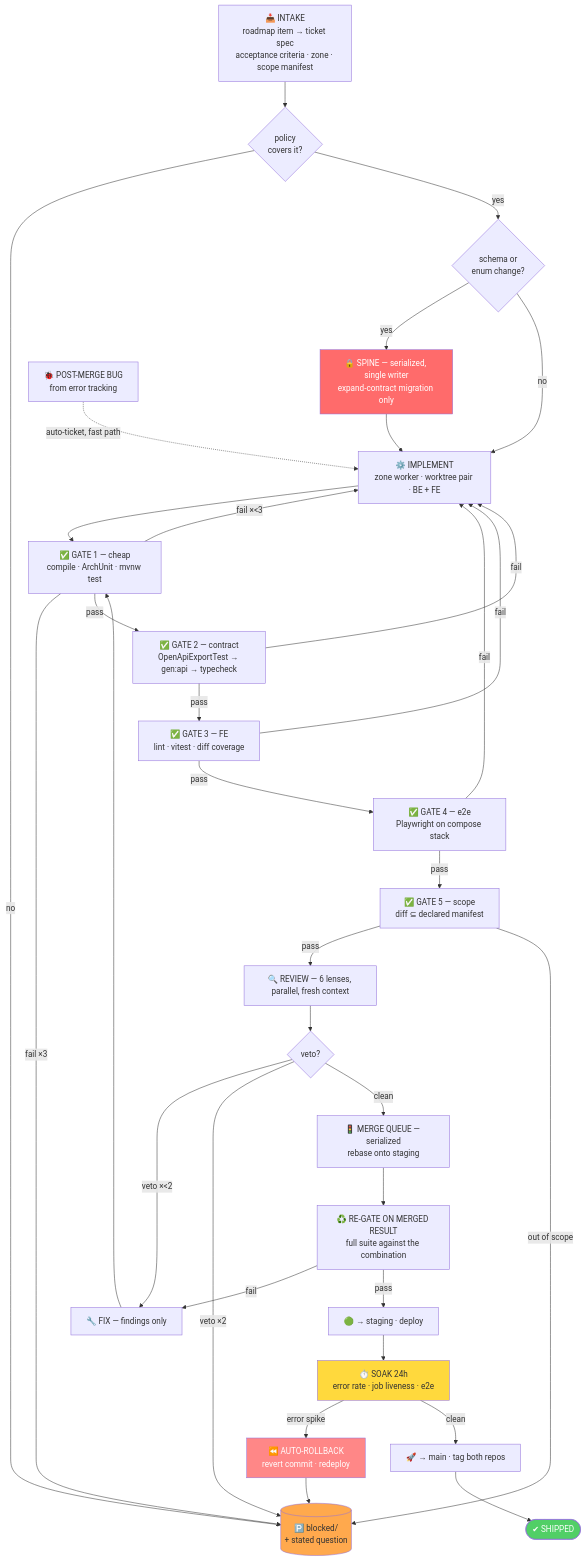
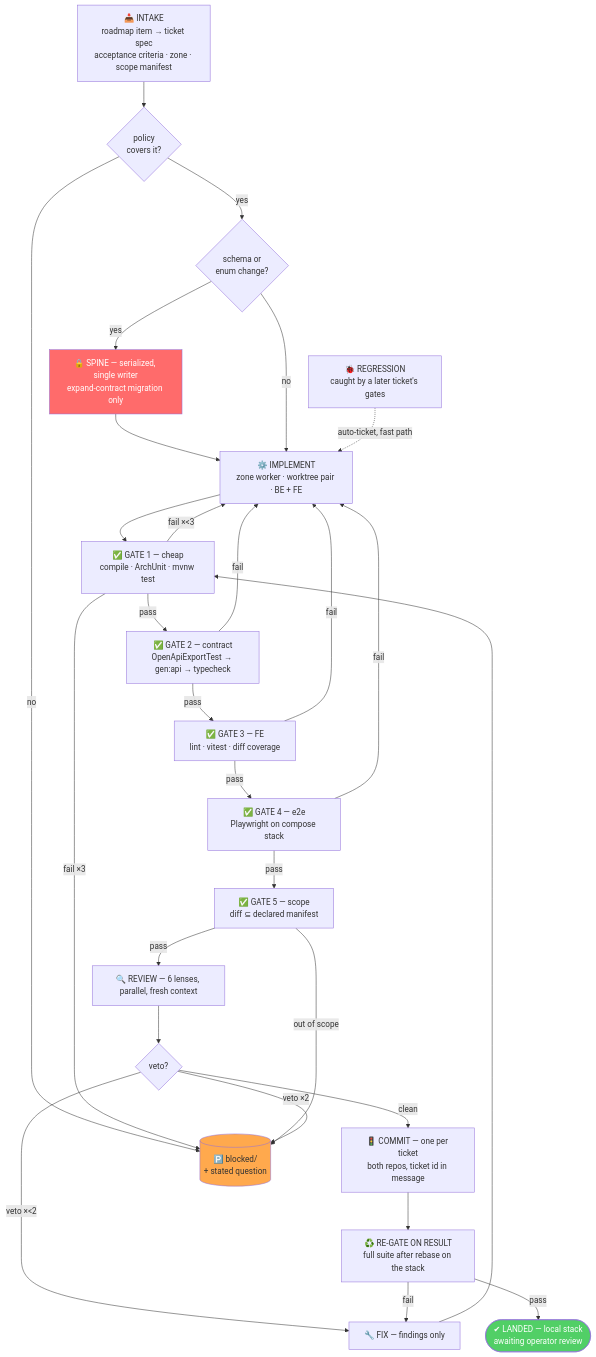
Before and after one commit to murad-asaad19/BVisionRY-be-v2: the second of 3 diagrams in docs/agent-execution-graph.md, drawn with Mermaid. The commit also changed other lines of this file and 2 other files, not shown here.

First line of the commit message:
Configure the graph for an unattended local run

````diff
--- a/docs/agent-execution-graph.md
+++ b/docs/agent-execution-graph.md
@@ -210,58 +221,50 @@
 ```mermaid
 flowchart TB
     IN["📥 INTAKE<br/>roadmap item → ticket spec<br/>acceptance criteria · zone · scope manifest"]
     POLCHK{"policy<br/>covers it?"}
     SCHEMA{"schema or<br/>enum change?"}
     SP["🔒 SPINE — serialized, single writer<br/>expand-contract migration only"]
     IMPL["⚙️ IMPLEMENT<br/>zone worker · worktree pair · BE + FE"]
 
     G1["✅ GATE 1 — cheap<br/>compile · ArchUnit · mvnw test"]
     G2["✅ GATE 2 — contract<br/>OpenApiExportTest → gen:api → typecheck"]
     G3["✅ GATE 3 — FE<br/>lint · vitest · diff coverage"]
     G4["✅ GATE 4 — e2e<br/>Playwright on compose stack"]
     G5["✅ GATE 5 — scope<br/>diff ⊆ declared manifest"]
 
     REV["🔍 REVIEW — 6 lenses, parallel, fresh context"]
     VETO{"veto?"}
     FIX["🔧 FIX — findings only"]
 
-    MQ["🚦 MERGE QUEUE — serialized<br/>rebase onto staging"]
-    REGATE["♻️ RE-GATE ON MERGED RESULT<br/>full suite against the combination"]
-    STG["🟢 → staging · deploy"]
-    SOAK["⏱️ SOAK 24h<br/>error rate · job liveness · e2e"]
-    PROMO["🚀 → main · tag both repos"]
-    RB["⏪ AUTO-ROLLBACK<br/>revert commit · redeploy"]
-    DONE(["✔ SHIPPED"])
+    MQ["🚦 COMMIT — one per ticket<br/>both repos, ticket id in message"]
+    REGATE["♻️ RE-GATE ON RESULT<br/>full suite after rebase on the stack"]
+    DONE(["✔ LANDED — local stack<br/>awaiting operator review"])
     PARK[("🅿️ blocked/<br/>+ stated question")]
 
     IN --> POLCHK
     POLCHK -->|no| PARK
     POLCHK -->|yes| SCHEMA
     SCHEMA -->|yes| SP --> IMPL
     SCHEMA -->|no| IMPL
     IMPL --> G1
     G1 -->|"fail ×<3"| IMPL
     G1 -->|"fail ×3"| PARK
     G1 -->|pass| G2 -->|pass| G3 -->|pass| G4 -->|pass| G5 -->|pass| REV
     G2 -->|fail| IMPL
     G3 -->|fail| IMPL
     G4 -->|fail| IMPL
     G5 -->|"out of scope"| PARK
     REV --> VETO
     VETO -->|"veto ×<2"| FIX --> G1
     VETO -->|"veto ×2"| PARK
     VETO -->|clean| MQ
     MQ --> REGATE
     REGATE -->|fail| FIX
-    REGATE -->|pass| STG --> SOAK
-    SOAK -->|"error spike"| RB --> PARK
-    SOAK -->|clean| PROMO --> DONE
+    REGATE -->|pass| DONE
 
-    BUG["🐞 POST-MERGE BUG<br/>from error tracking"] -.->|"auto-ticket, fast path"| IMPL
+    BUG["🐞 REGRESSION<br/>caught by a later ticket's gates"] -.->|"auto-ticket, fast path"| IMPL
 
     style SP fill:#ff6b6b,color:#fff
     style PARK fill:#ffa94d
-    style RB fill:#ff8787,color:#fff
     style DONE fill:#51cf66,color:#fff
-    style SOAK fill:#ffd93d
 ```
````
